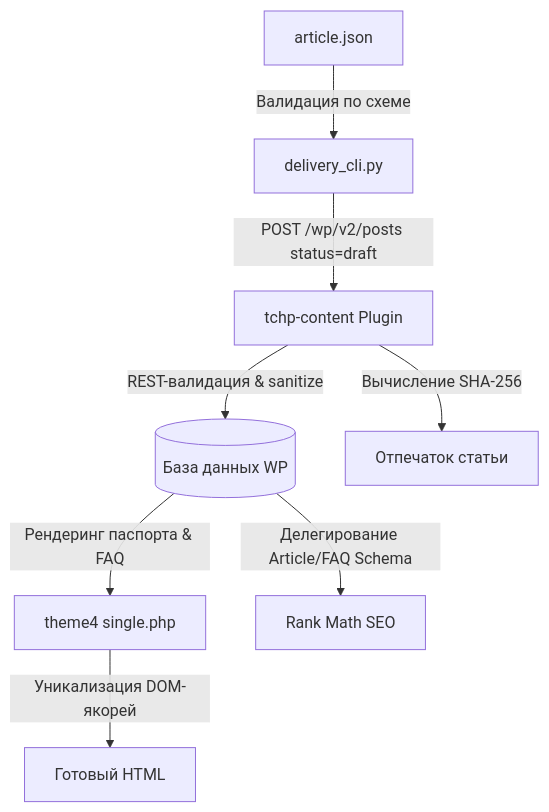
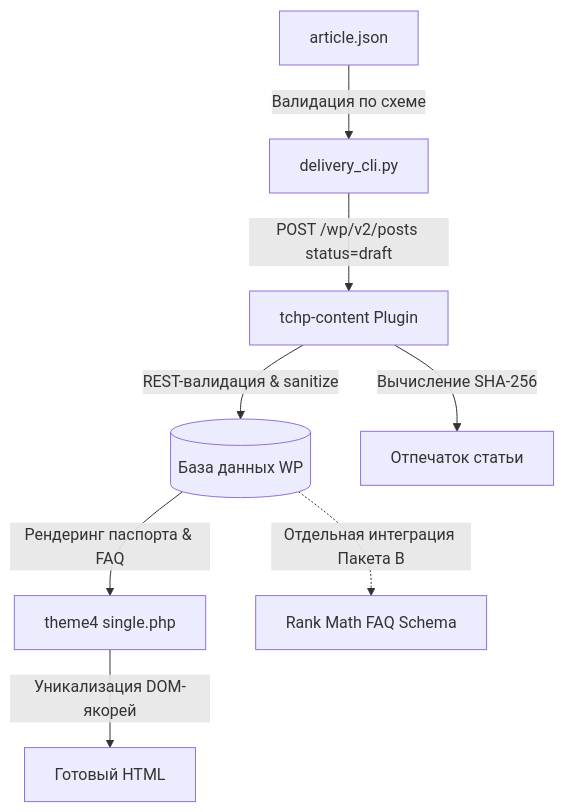
One commit to nadyalife2/tochka-plavleniya changed the diagram in docs/01-development/GUIDE.md. Above: the diagram before and after it, drawn with Mermaid. The commit also changed other lines of this file and 7 other files, not shown here.

````diff
--- a/docs/01-development/GUIDE.md
+++ b/docs/01-development/GUIDE.md
@@ -31,10 +32,10 @@
 ```mermaid
 graph TD
     A[article.json] -->|Валидация по схеме| B[delivery_cli.py]
     B -->|POST /wp/v2/posts status=draft| C[tchp-content Plugin]
     C -->|REST-валидация & sanitize| D[(База данных WP)]
     C -->|Вычисление SHA-256| E[Отпечаток статьи]
     D -->|Рендеринг паспорта & FAQ| F[theme4 single.php]
     F -->|Уникализация DOM-якорей| G[Готовый HTML]
-    D -->|Делегирование Article/FAQ Schema| H[Rank Math SEO]
+    D -.->|Отдельная интеграция Пакета В| H[Rank Math FAQ Schema]
 ```
````
